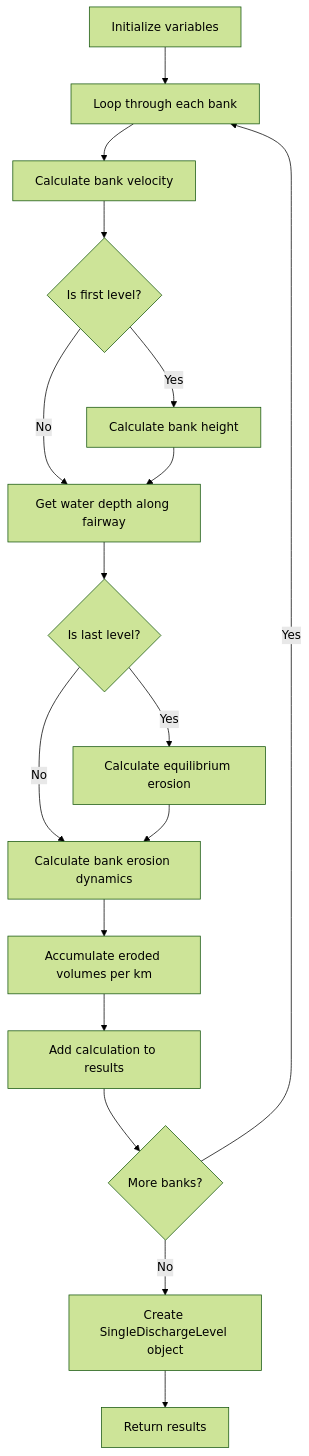
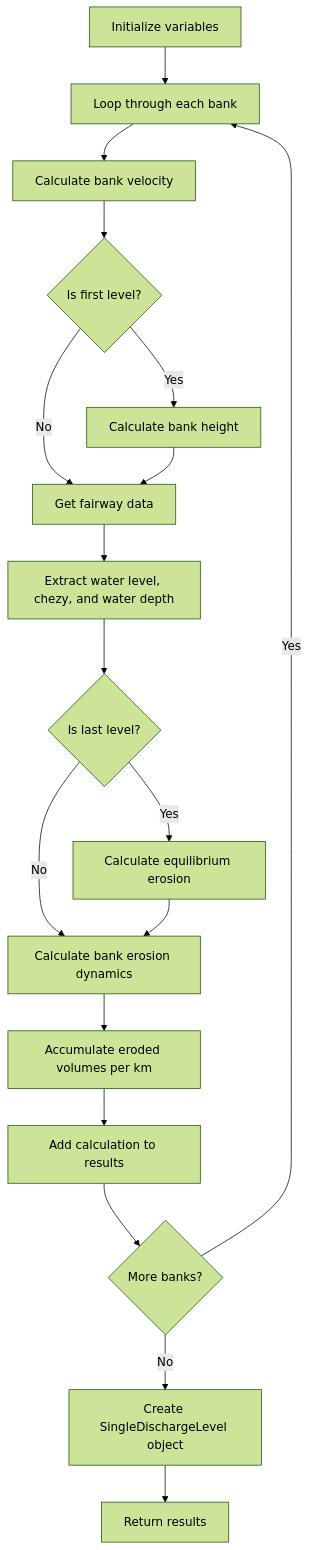
The second of 8 diagrams in docs/mkdocs/api/bank_erosion/erosion_calculation.md (Deltares/D-FAST_Bank_Erosion), drawn with Mermaid (forest theme) before and after one commit. The commit also changed other lines of this file, not shown here.

Commit message:
add documentation for the discharge level calculation loop

````diff
--- a/docs/mkdocs/api/bank_erosion/erosion_calculation.md
+++ b/docs/mkdocs/api/bank_erosion/erosion_calculation.md
@@ -65,19 +65,20 @@
 ```mermaid
 flowchart TD
     A[Initialize variables] --> B[Loop through each bank]
     B --> C[Calculate bank velocity]
     C --> D{Is first level?}
     D -- Yes --> E[Calculate bank height]
-    D -- No --> F[Get water depth along fairway]
+    D -- No --> F[Get fairway data]
     E --> F
-    F --> G{Is last level?}
+    F --> F1[Extract water level, chezy, and water depth]
+    F1 --> G{Is last level?}
     G -- Yes --> H[Calculate equilibrium erosion]
     G -- No --> I[Calculate bank erosion dynamics]
     H --> I
     I --> J[Accumulate eroded volumes per km]
     J --> K[Add calculation to results]
     K --> L{More banks?}
     L -- Yes --> B
     L -- No --> M[Create SingleDischargeLevel object]
     M --> N[Return results]
 ```
````
